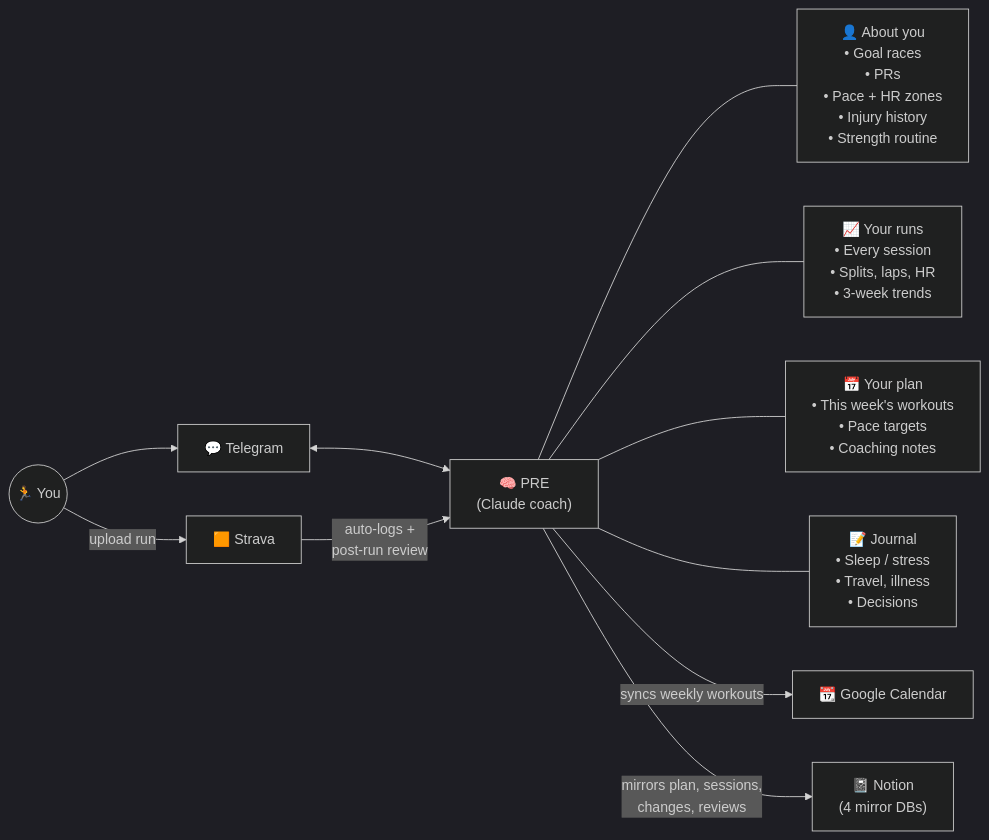
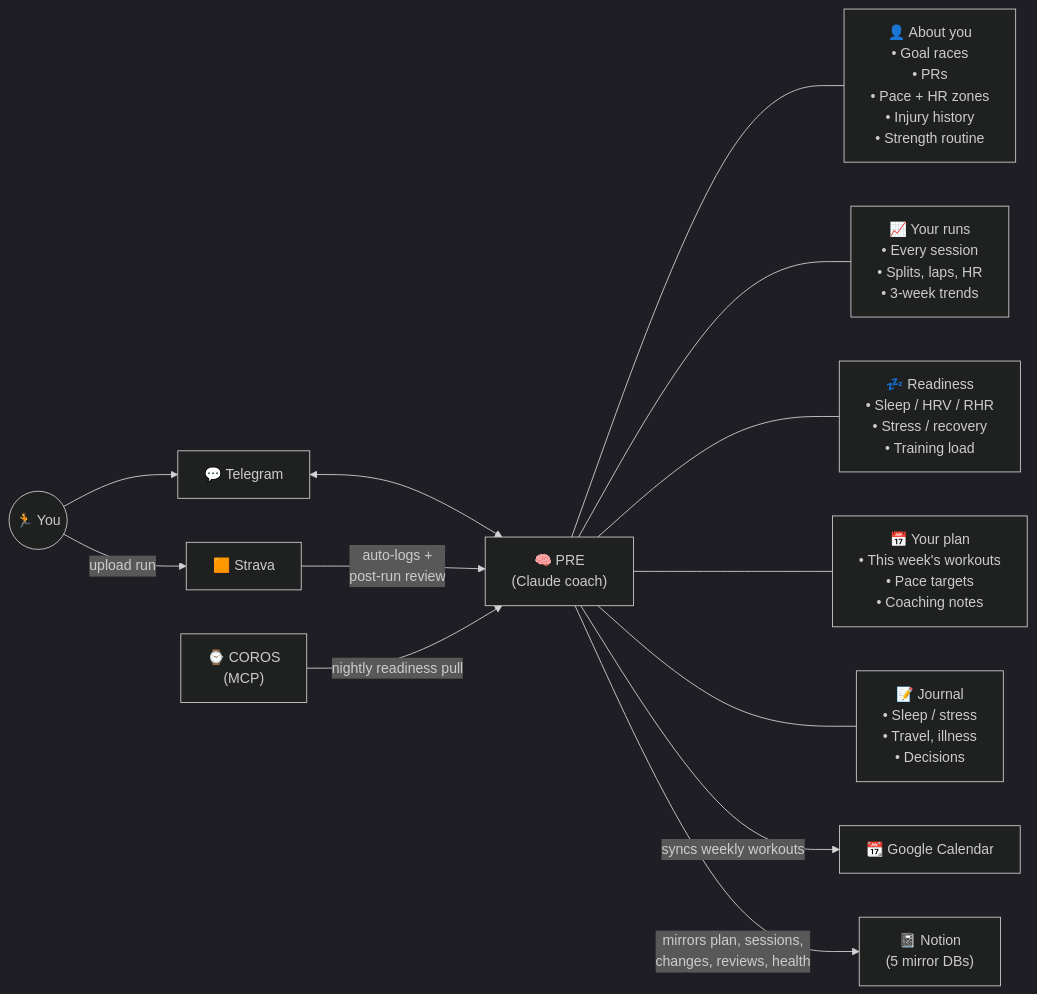
The diagram in README.md (elimchayseng/pre-running-coach-bot), drawn with Mermaid (dark theme) before and after one commit. The commit also changed other lines of this file and 1 other file, not shown here.

First line of the commit message:
docs: reflect COROS readiness integration in README + schema reference

````diff
--- a/README.md
+++ b/README.md
@@ -21,23 +22,27 @@
 ```mermaid
 graph LR
   You((🏃 You))
   Telegram["💬 Telegram"]
   Strava["🟧 Strava"]
+  Coros["⌚ COROS<br/>(MCP)"]
   PRE["🧠 PRE<br/>(Claude coach)"]
   Profile["👤 About you<br/>• Goal races<br/>• PRs<br/>• Pace + HR zones<br/>• Injury history<br/>• Strength routine"]
   Log["📈 Your runs<br/>• Every session<br/>• Splits, laps, HR<br/>• 3-week trends"]
+  Readiness["💤 Readiness<br/>• Sleep / HRV / RHR<br/>• Stress / recovery<br/>• Training load"]
   Plan["📅 Your plan<br/>• This week's workouts<br/>• Pace targets<br/>• Coaching notes"]
   Journal["📝 Journal<br/>• Sleep / stress<br/>• Travel, illness<br/>• Decisions"]
   GCal["📆 Google Calendar"]
-  Notion["📓 Notion<br/>(4 mirror DBs)"]
+  Notion["📓 Notion<br/>(5 mirror DBs)"]
   You --> Telegram
   Telegram <--> PRE
   You -->|"upload run"| Strava
   Strava -->|"auto-logs +<br/>post-run review"| PRE
+  Coros -->|"nightly readiness pull"| PRE
   PRE --- Profile
   PRE --- Log
+  PRE --- Readiness
   PRE --- Plan
   PRE --- Journal
   PRE -->|"syncs weekly workouts"| GCal
-  PRE -->|"mirrors plan, sessions,<br/>changes, reviews"| Notion
+  PRE -->|"mirrors plan, sessions,<br/>changes, reviews, health"| Notion
 ```
````
